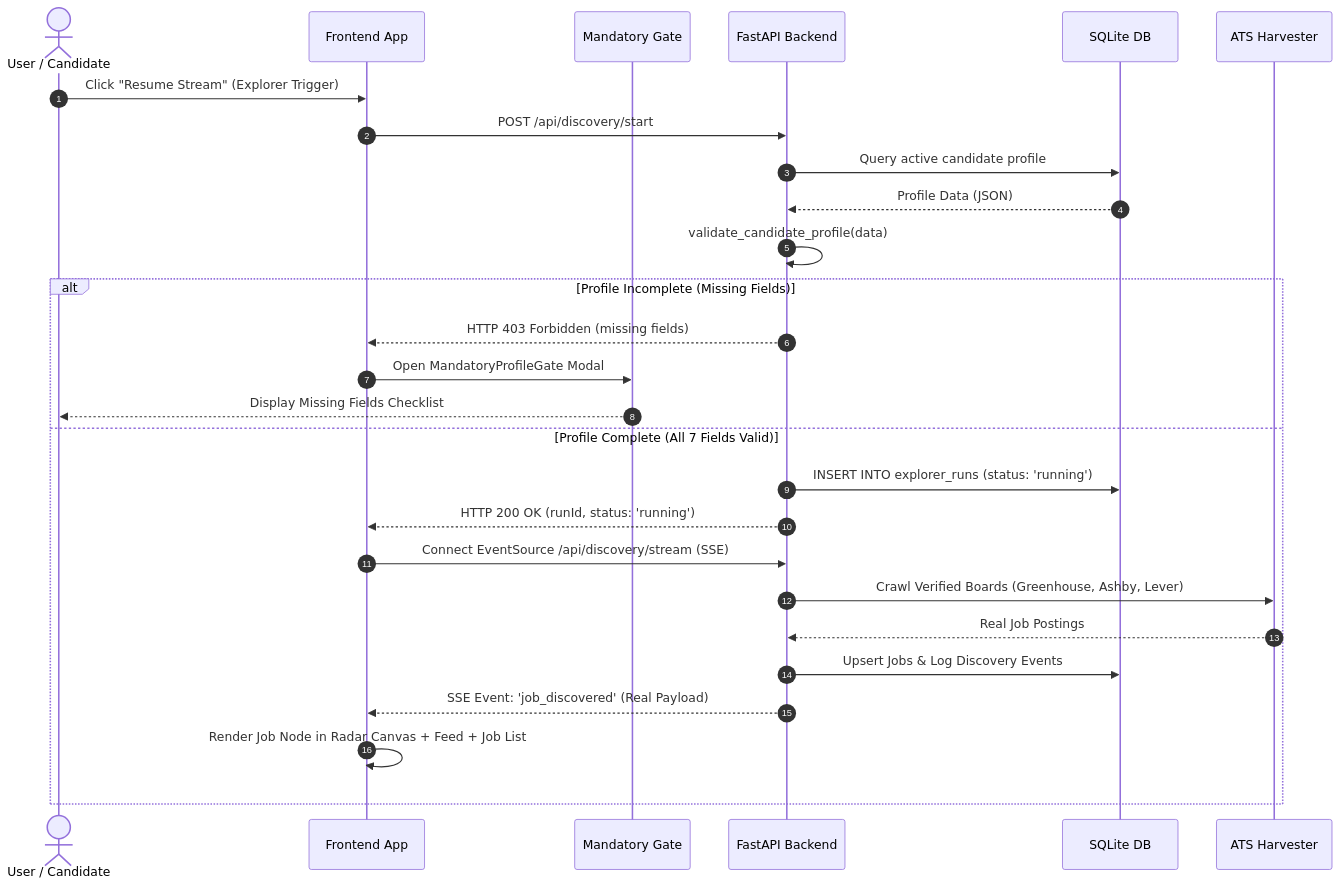
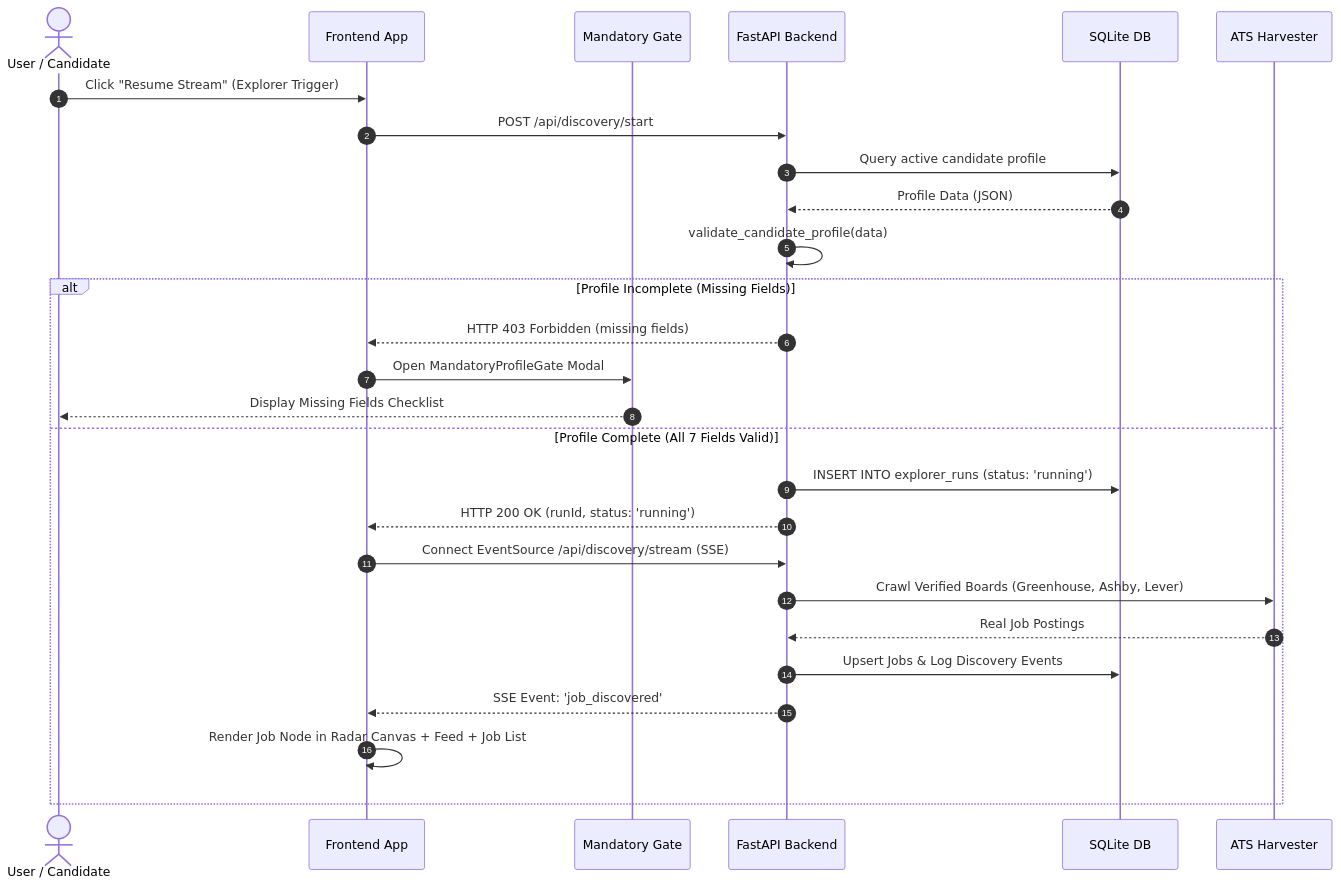
One commit to kushalkumar12/auto-apply-job-agent changed the second of 3 diagrams in docs/architecture.md. Above: the diagram before and after it, drawn with Mermaid. The commit also changed other lines of this file and 128 other files, not shown here.

````diff
--- a/docs/architecture.md
+++ b/docs/architecture.md
@@ -108,31 +161,31 @@
 ```mermaid
 sequenceDiagram
     autonumber
     actor Candidate as User / Candidate
     participant UI as Frontend App
     participant Gate as Mandatory Gate
     participant API as FastAPI Backend
     participant DB as SQLite DB
     participant Harvester as ATS Harvester
 
     Candidate->>UI: Click "Resume Stream" (Explorer Trigger)
     UI->>API: POST /api/discovery/start
     API->>DB: Query active candidate profile
     DB-->>API: Profile Data (JSON)
     API->>API: validate_candidate_profile(data)
     
     alt Profile Incomplete (Missing Fields)
         API-->>UI: HTTP 403 Forbidden (missing fields)
         UI->>Gate: Open MandatoryProfileGate Modal
         Gate-->>Candidate: Display Missing Fields Checklist
     else Profile Complete (All 7 Fields Valid)
         API->>DB: INSERT INTO explorer_runs (status: 'running')
         API-->>UI: HTTP 200 OK (runId, status: 'running')
         UI->>API: Connect EventSource /api/discovery/stream (SSE)
         API->>Harvester: Crawl Verified Boards (Greenhouse, Ashby, Lever)
         Harvester-->>API: Real Job Postings
         API->>DB: Upsert Jobs & Log Discovery Events
-        API-->>UI: SSE Event: 'job_discovered' (Real Payload)
+        API-->>UI: SSE Event: 'job_discovered'
         UI->>UI: Render Job Node in Radar Canvas + Feed + Job List
     end
 ```
````
